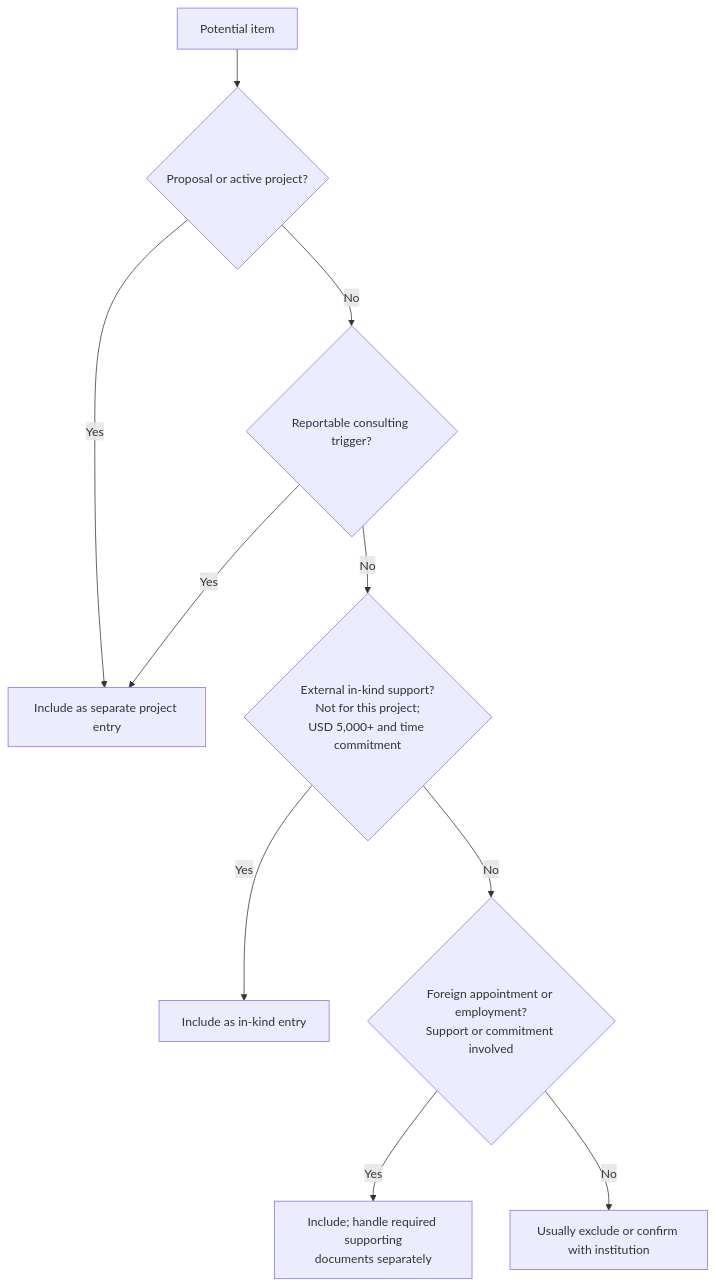
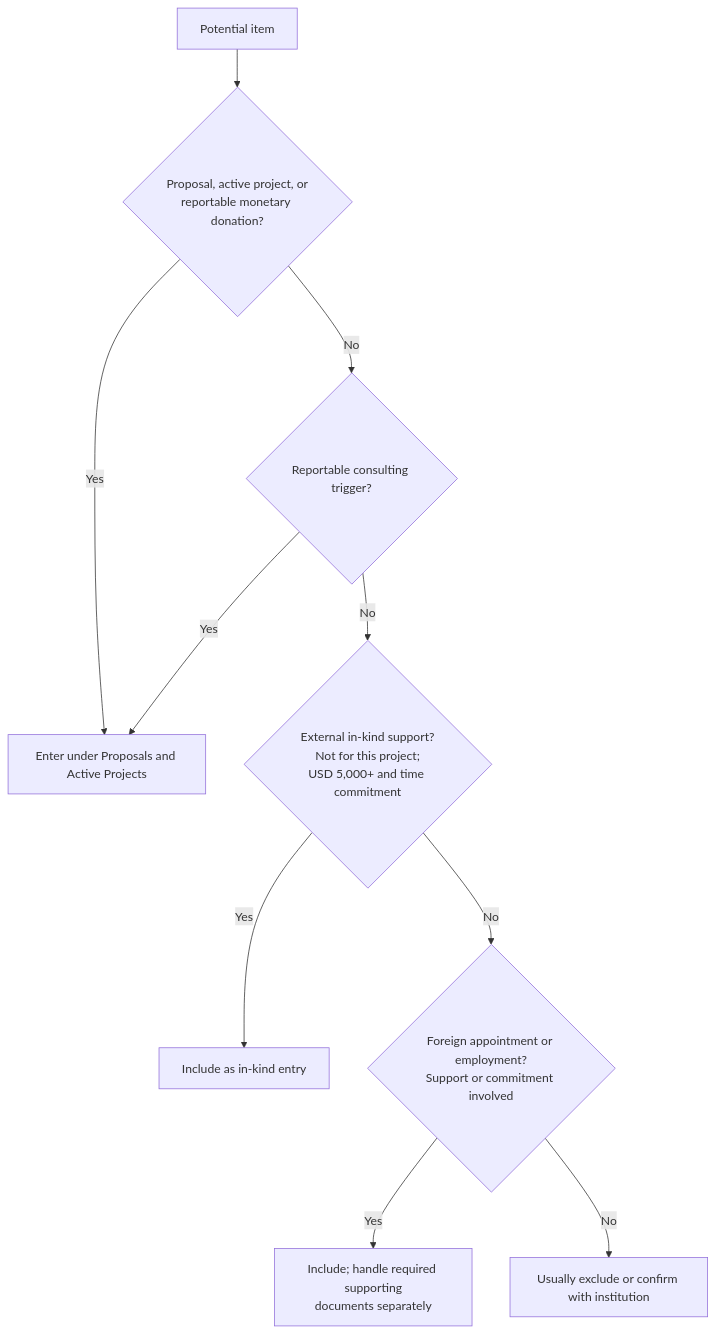
One commit to FritscheLab/nih-sciencv-playbook changed the diagram in docs/other-support/what-to-include.md. Above: the diagram before and after it, drawn with Mermaid. The commit also changed other lines of this file and 40 other files, not shown here.

````diff
--- a/docs/other-support/what-to-include.md
+++ b/docs/other-support/what-to-include.md
@@ -55,14 +62,14 @@
 ```mermaid
 flowchart TD
     accTitle: CPOS include or exclude check
-    accDescr: A practical CPOS disclosure check routes projects, consulting, in-kind contributions, foreign appointments, and common exclusions.
-    A["Potential item"] --> B{"Proposal or active project?"}
-    B -- "Yes" --> C["Include as separate project entry"]
+    accDescr: A practical CPOS disclosure check routes projects, reportable monetary donations, consulting, in-kind contributions, foreign appointments, and common exclusions.
+    A["Potential item"] --> B{"Proposal, active project, or<br/>reportable monetary donation?"}
+    B -- "Yes" --> C["Enter under Proposals and Active Projects"]
     B -- "No" --> D{"Reportable consulting trigger?"}
     D -- "Yes" --> C
     D -- "No" --> E{"External in-kind support?<br/>Not for this project;<br/>USD 5,000+ and time commitment"}
     E -- "Yes" --> F["Include as in-kind entry"]
     E -- "No" --> G{"Foreign appointment or employment?<br/>Support or commitment involved"}
     G -- "Yes" --> H["Include; handle required supporting<br/>documents separately"]
     G -- "No" --> I["Usually exclude or confirm with institution"]
 ```
````
